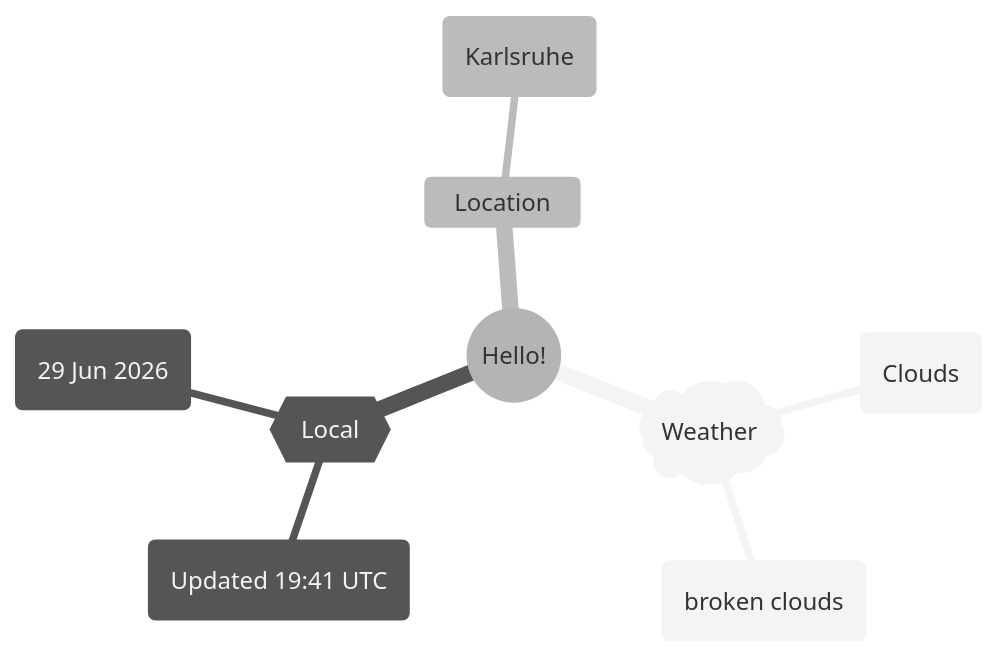
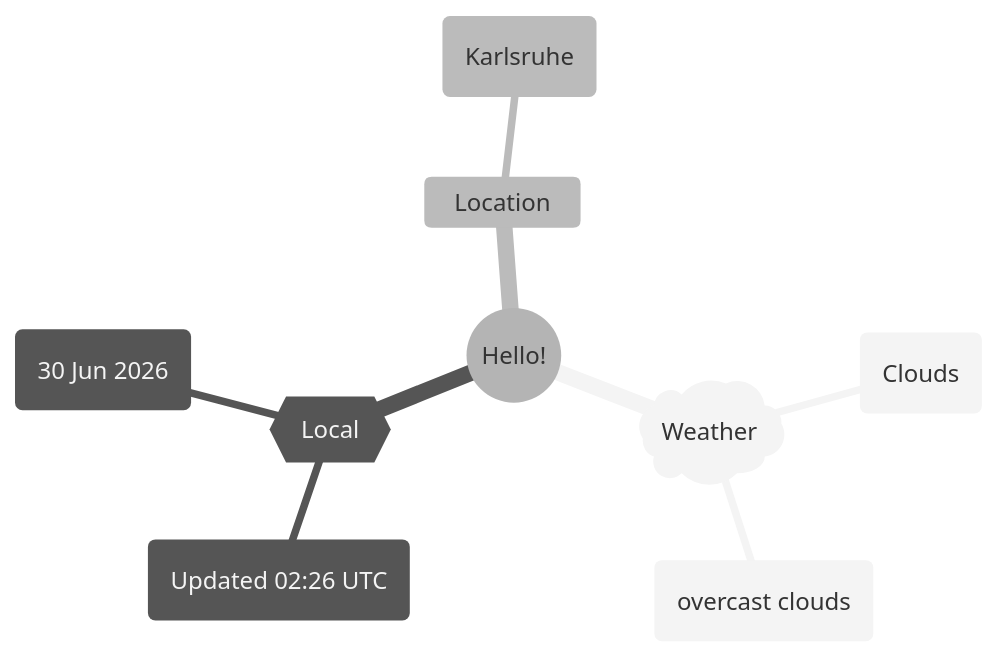
One commit to Xosrov/Xosrov changed the first of 2 diagrams in README.md. Above: the diagram before and after it, drawn with Mermaid (neutral theme).

Commit message:
[bot] updated images

````diff
--- a/README.md
+++ b/README.md
@@ -3,12 +3,12 @@
 ```mermaid
 mindmap
   root((Hello!))
     )Weather(
         (Clouds)
-        (broken clouds)
+        (overcast clouds)
     {{Local}}
-        (Updated 19:41 UTC)
-        (29 Jun 2026)
+        (Updated 02:26 UTC)
+        (30 Jun 2026)
     Location
         (Karlsruhe)
 ```
````
